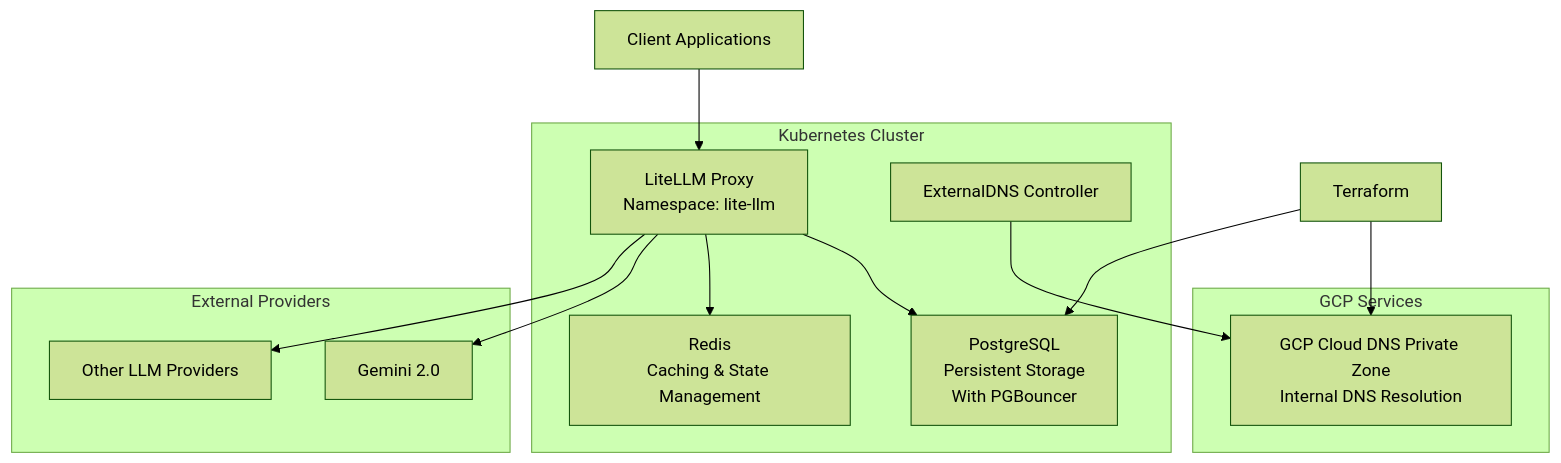
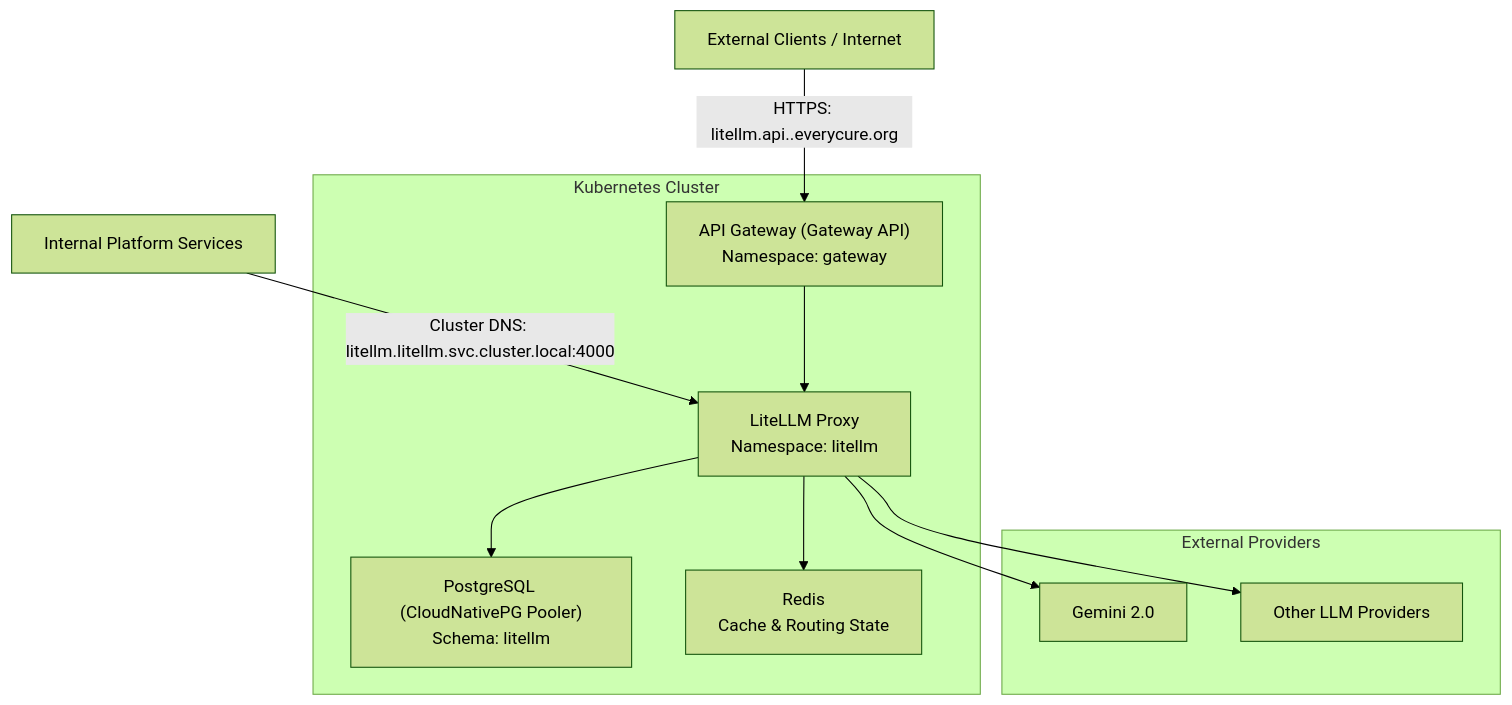
One commit to everycure-org/matrix changed the diagram in docs/src/infrastructure/architecture_decision_records/deploying_LiteLLM.md. Above: the diagram before and after it, drawn with Mermaid (forest theme).

Commit message:
Update architecture diagram for LiteLLM deployment to include access paths and clarify component relationships

````diff
--- a/docs/src/infrastructure/architecture_decision_records/deploying_LiteLLM.md
+++ b/docs/src/infrastructure/architecture_decision_records/deploying_LiteLLM.md
@@ -150,31 +150,33 @@
 ```mermaid
+%% Diagram shows dual access paths (external via HTTPS hostname + internal via cluster DNS)
 graph TD
-    A[Client Applications] --> C[LiteLLM Proxy<br/>Namespace: lite-llm]
+   %% External & Internal Clients
+   EXT[External Clients / Internet]
+   INT[Internal Platform Services]
 
-    C --> D[PostgreSQL<br/>Persistent Storage<br/>With PGBouncer]
-    C --> E[Redis<br/>Caching & State Management]
+   %% Subgraphs
+   subgraph "Kubernetes Cluster"
+      GW["API Gateway (Gateway API)<br/>Namespace: gateway"]
+      C[LiteLLM Proxy<br/>Namespace: litellm]
+      D["PostgreSQL (CloudNativePG Pooler)<br/>Schema: litellm"]
+      E[Redis<br/>Cache & Routing State]
+   end
 
-    F[ExternalDNS Controller] --> G[GCP Cloud DNS Private Zone<br/>Internal DNS Resolution]
+   subgraph "External Providers"
+      J[Gemini 2.0]
+      K[Other LLM Providers]
+   end
 
-    I[Terraform] --> D
-    I --> G
+   %% Access Paths
+   EXT -->|HTTPS: litellm.api.<env>.everycure.org| GW
+   INT -->|Cluster DNS: litellm.litellm.svc.cluster.local:4000| C
+   GW --> C
 
-    subgraph "Kubernetes Cluster"
-        C
-        D
-        E
-        F
-    end
+   %% Internal Dependencies
+   C --> D
+   C --> E
 
-    subgraph "GCP Services"
-        G
-    end
-
-    subgraph "External Providers"
-        J[Gemini 2.0]
-        K[Other LLM Providers]
-    end
-
-    C --> J
-    C --> K
+   %% Outbound to Providers
+   C --> J
+   C --> K
 ```
````
